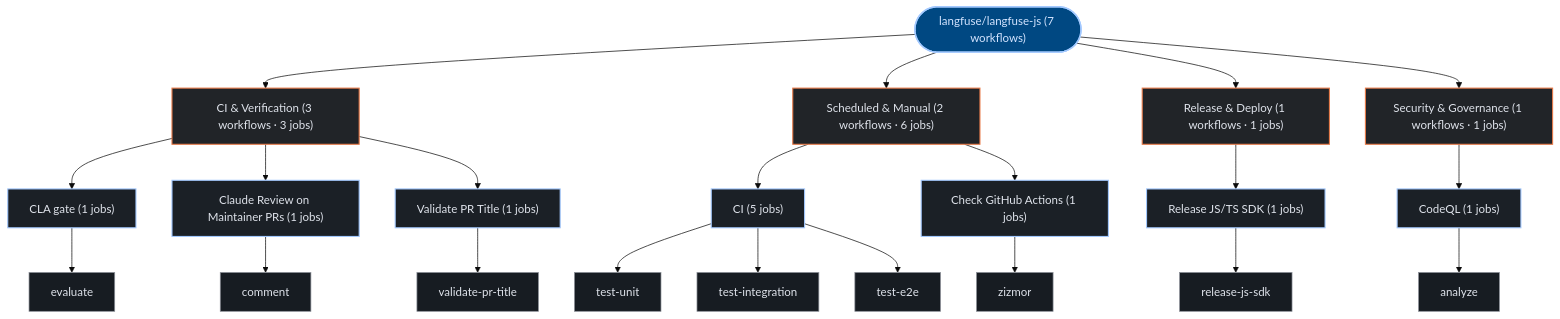
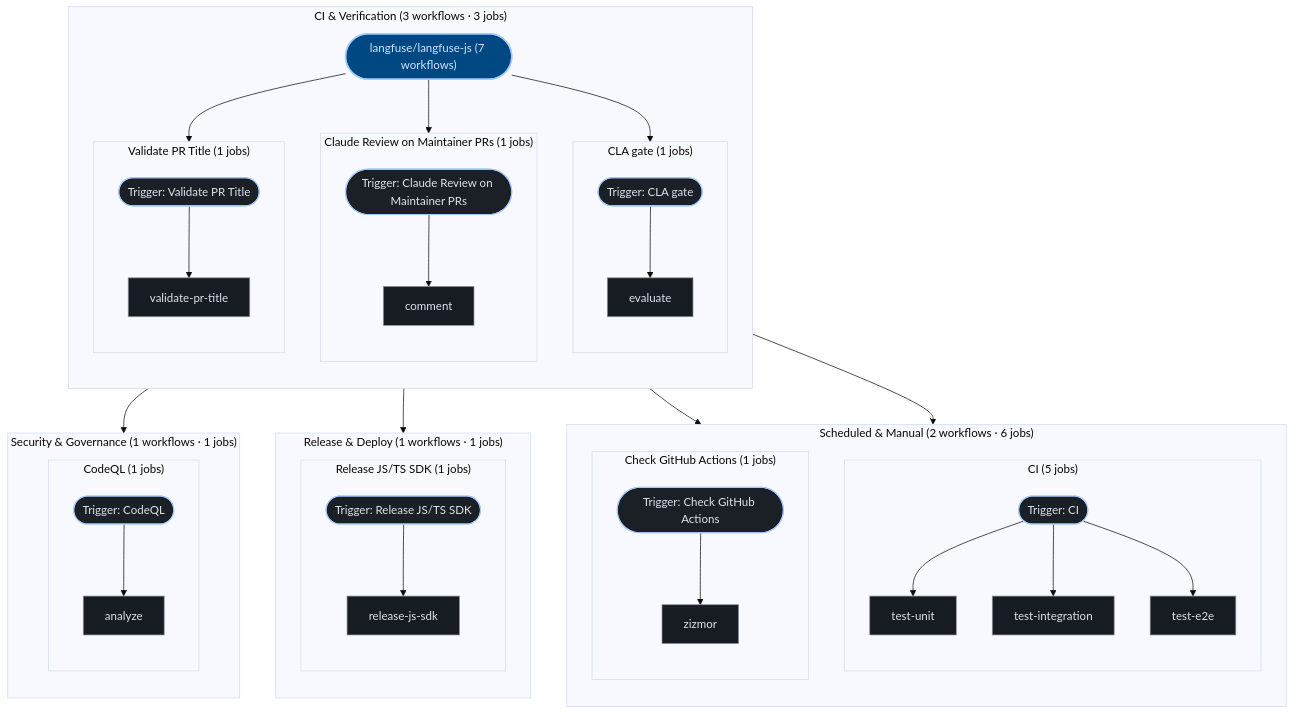
Before and after one commit to kumarshaz/atruss-code-atlas: the third of 3 diagrams in exports/latest/reports/langfuse-langfuse-js-report.md, drawn with Mermaid (base theme). The commit also changed 181 other files, not shown here.

````diff
--- a/exports/latest/reports/langfuse-langfuse-js-report.md
+++ b/exports/latest/reports/langfuse-langfuse-js-report.md
@@ -233,51 +233,76 @@
 ```mermaid
 graph TD;
   classDef atlasRoot fill:#004882,stroke:#a3c9ff,stroke-width:2px,color:#d3e4ff
   classDef atlasCategory fill:#212428,stroke:#E87A48,stroke-width:1.5px,color:#dfe3eb
   classDef atlasWorkflow fill:#1b2026,stroke:#a3c9ff,stroke-width:1.5px,color:#dfe3eb
   classDef atlasJob fill:#171c22,stroke:#8d9199,stroke-width:1px,color:#dfe3eb
   classDef atlasTarget fill:#005227,stroke:#8bd99b,stroke-width:1.5px,color:#a7f6b6
   classDef atlasAlert fill:#93000a,stroke:#ffb4ab,stroke-width:1.5px,color:#ffdad6
   classDef atlasMore fill:#252a31,stroke:#8d9199,stroke-dasharray:4 4,color:#c3c6cf
   pipeline_root(["langfuse/langfuse-js (7 workflows)"]):::atlasRoot
-  grp_0_CI___Verification["CI & Verification (3 workflows · 3 jobs)"]:::atlasCategory
-  pipeline_root --> grp_0_CI___Verification
-  wf_1_CLA_gate["CLA gate (1 jobs)"]:::atlasWorkflow
-  grp_0_CI___Verification --> wf_1_CLA_gate
-  job_1_evaluate["evaluate"]:::atlasJob
-  wf_1_CLA_gate --> job_1_evaluate
-  wf_2_Claude_Review_on_Maintainer_PRs["Claude Review on Maintainer PRs (1 jobs)"]:::atlasWorkflow
-  grp_0_CI___Verification --> wf_2_Claude_Review_on_Maintainer_PRs
-  job_2_comment["comment"]:::atlasJob
-  wf_2_Claude_Review_on_Maintainer_PRs --> job_2_comment
-  wf_5_Validate_PR_Title["Validate PR Title (1 jobs)"]:::atlasWorkflow
-  grp_0_CI___Verification --> wf_5_Validate_PR_Title
-  job_5_validate_pr_title["validate-pr-title"]:::atlasJob
-  wf_5_Validate_PR_Title --> job_5_validate_pr_title
-  grp_1_Scheduled___Manual["Scheduled & Manual (2 workflows · 6 jobs)"]:::atlasCategory
-  pipeline_root --> grp_1_Scheduled___Manual
-  wf_0_CI["CI (5 jobs)"]:::atlasWorkflow
-  grp_1_Scheduled___Manual --> wf_0_CI
-  job_0_test_unit["test-unit"]:::atlasJob
-  job_0_test_integration["test-integration"]:::atlasJob
-  job_0_test_e2e["test-e2e"]:::atlasJob
-  wf_0_CI --> job_0_test_unit
-  wf_0_CI --> job_0_test_integration
-  wf_0_CI --> job_0_test_e2e
-  wf_6_Check_GitHub_Actions["Check GitHub Actions (1 jobs)"]:::atlasWorkflow
-  grp_1_Scheduled___Manual --> wf_6_Check_GitHub_Actions
-  job_6_zizmor["zizmor"]:::atlasJob
-  wf_6_Check_GitHub_Actions --> job_6_zizmor
-  grp_2_Release___Deploy["Release & Deploy (1 workflows · 1 jobs)"]:::atlasCategory
-  pipeline_root --> grp_2_Release___Deploy
-  wf_4_Release_JS_TS_SDK["Release JS/TS SDK (1 jobs)"]:::atlasWorkflow
-  grp_2_Release___Deploy --> wf_4_Release_JS_TS_SDK
-  job_4_release_js_sdk["release-js-sdk"]:::atlasJob
-  wf_4_Release_JS_TS_SDK --> job_4_release_js_sdk
-  grp_3_Security___Governance["Security & Governance (1 workflows · 1 jobs)"]:::atlasCategory
-  pipeline_root --> grp_3_Security___Governance
-  wf_3_CodeQL["CodeQL (1 jobs)"]:::atlasWorkflow
-  grp_3_Security___Governance --> wf_3_CodeQL
-  job_3_analyze["analyze"]:::atlasJob
-  wf_3_CodeQL --> job_3_analyze
+  subgraph sg_grp_0_CI___Verification["CI & Verification (3 workflows · 3 jobs)"]
+    direction TB
+    subgraph sg_wf_1_CLA_gate["CLA gate (1 jobs)"]
+      direction TB
+      wf_1_CLA_gate(["Trigger: CLA gate"]):::atlasWorkflow
+      job_1_evaluate["evaluate"]:::atlasJob
+      wf_1_CLA_gate --> job_1_evaluate
+    end
+    pipeline_root --> wf_1_CLA_gate
+    subgraph sg_wf_2_Claude_Review_on_Maintainer_PRs["Claude Review on Maintainer PRs (1 jobs)"]
+      direction TB
+      wf_2_Claude_Review_on_Maintainer_PRs(["Trigger: Claude Review on Maintainer PRs"]):::atlasWorkflow
+      job_2_comment["comment"]:::atlasJob
+      wf_2_Claude_Review_on_Maintainer_PRs --> job_2_comment
+    end
+    pipeline_root --> wf_2_Claude_Review_on_Maintainer_PRs
+    subgraph sg_wf_5_Validate_PR_Title["Validate PR Title (1 jobs)"]
+      direction TB
+      wf_5_Validate_PR_Title(["Trigger: Validate PR Title"]):::atlasWorkflow
+      job_5_validate_pr_title["validate-pr-title"]:::atlasJob
+      wf_5_Validate_PR_Title --> job_5_validate_pr_title
+    end
+    pipeline_root --> wf_5_Validate_PR_Title
+  end
+  subgraph sg_grp_1_Scheduled___Manual["Scheduled & Manual (2 workflows · 6 jobs)"]
+    direction TB
+    subgraph sg_wf_0_CI["CI (5 jobs)"]
+      direction TB
+      wf_0_CI(["Trigger: CI"]):::atlasWorkflow
+      job_0_test_unit["test-unit"]:::atlasJob
+      job_0_test_integration["test-integration"]:::atlasJob
+      job_0_test_e2e["test-e2e"]:::atlasJob
+      wf_0_CI --> job_0_test_unit
+      wf_0_CI --> job_0_test_integration
+      wf_0_CI --> job_0_test_e2e
+    end
+    pipeline_root --> wf_0_CI
+    subgraph sg_wf_6_Check_GitHub_Actions["Check GitHub Actions (1 jobs)"]
+      direction TB
+      wf_6_Check_GitHub_Actions(["Trigger: Check GitHub Actions"]):::atlasWorkflow
+      job_6_zizmor["zizmor"]:::atlasJob
+      wf_6_Check_GitHub_Actions --> job_6_zizmor
+    end
+    pipeline_root --> wf_6_Check_GitHub_Actions
+  end
+  subgraph sg_grp_2_Release___Deploy["Release & Deploy (1 workflows · 1 jobs)"]
+    direction TB
+    subgraph sg_wf_4_Release_JS_TS_SDK["Release JS/TS SDK (1 jobs)"]
+      direction TB
+      wf_4_Release_JS_TS_SDK(["Trigger: Release JS/TS SDK"]):::atlasWorkflow
+      job_4_release_js_sdk["release-js-sdk"]:::atlasJob
+      wf_4_Release_JS_TS_SDK --> job_4_release_js_sdk
+    end
+    pipeline_root --> wf_4_Release_JS_TS_SDK
+  end
+  subgraph sg_grp_3_Security___Governance["Security & Governance (1 workflows · 1 jobs)"]
+    direction TB
+    subgraph sg_wf_3_CodeQL["CodeQL (1 jobs)"]
+      direction TB
+      wf_3_CodeQL(["Trigger: CodeQL"]):::atlasWorkflow
+      job_3_analyze["analyze"]:::atlasJob
+      wf_3_CodeQL --> job_3_analyze
+    end
+    pipeline_root --> wf_3_CodeQL
+  end
 ```
````
